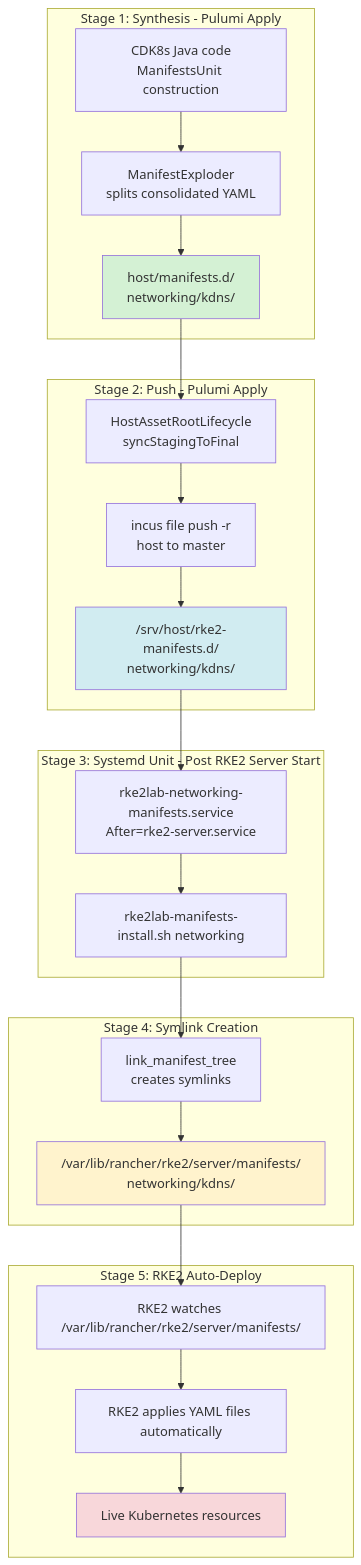
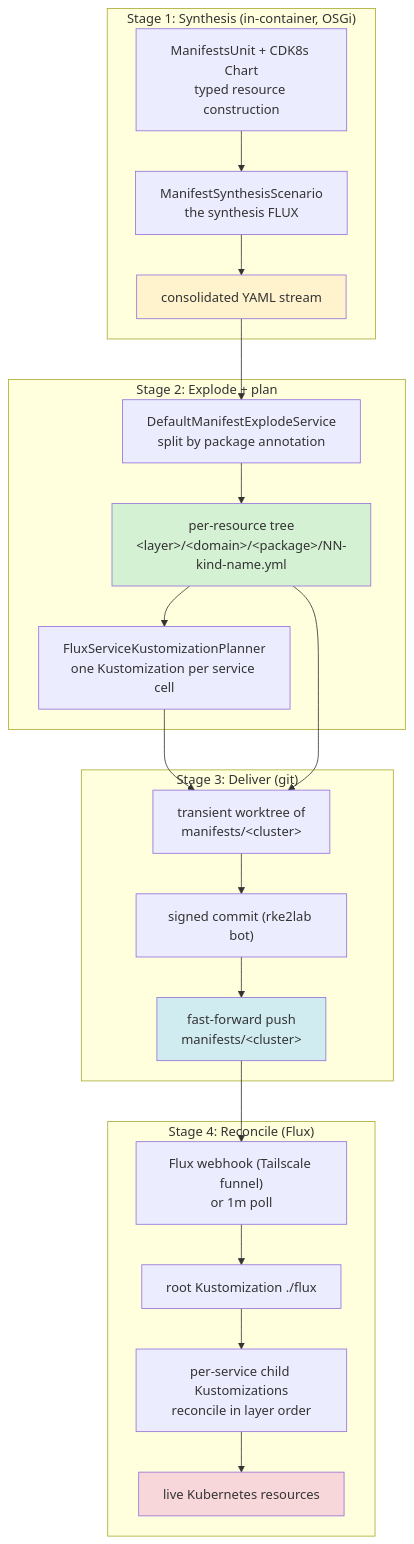
The diagram in docs/architecture/manifests/manifest-apply-flow.adoc (nxmatic/rke2lab), drawn with Mermaid before and after one commit. The commit also changed other lines of this file and 35 other files, not shown here.

```diff
--- a/docs/architecture/manifests/manifest-apply-flow.adoc
+++ b/docs/architecture/manifests/manifest-apply-flow.adoc
@@ -23,49 +47,44 @@
 [mermaid]
 ....
 graph TB
-    subgraph "Stage 1: Synthesis - Pulumi Apply"
-        SYNTH["CDK8s Java code<br/>ManifestsUnit construction"]
-        EXPLODE["ManifestExploder<br/>splits consolidated YAML"]
-        LOCAL["host/manifests.d/<br/>networking/kdns/"]
+    subgraph synth["Stage 1: Synthesis (in-container, OSGi)"]
+        UNIT["ManifestsUnit + CDK8s Chart<br/>typed resource construction"]
+        SCEN["ManifestSynthesisScenario<br/>the synthesis FLUX"]
+        CONS["consolidated YAML stream"]
+    end
+    subgraph explode["Stage 2: Explode + plan"]
+        EXPL["DefaultManifestExplodeService<br/>split by package annotation"]
+        TREE["per-resource tree<br/>&lt;layer&gt;/&lt;domain&gt;/&lt;package&gt;/NN-kind-name.yml"]
+        PLAN["FluxServiceKustomizationPlanner<br/>one Kustomization per service cell"]
+    end
+    subgraph deliver["Stage 3: Deliver (git)"]
+        WT["transient worktree of<br/>manifests/&lt;cluster&gt;"]
+        SIGN["signed commit (rke2lab bot)"]
+        PUSH["fast-forward push<br/>manifests/&lt;cluster&gt;"]
+    end
+    subgraph reconcile["Stage 4: Reconcile (Flux)"]
+        HOOK["Flux webhook (Tailscale funnel)<br/>or 1m poll"]
+        ROOT["root Kustomization ./flux"]
+        CHILD["per-service child Kustomizations<br/>reconcile in layer order"]
+        LIVE["live Kubernetes resources"]
     end
 
-    subgraph "Stage 2: Push - Pulumi Apply"
-        SYNC["HostAssetRootLifecycle<br/>syncStagingToFinal"]
-        PUSH["incus file push -r<br/>host to master"]
-        MASTER["/srv/host/rke2-manifests.d/<br/>networking/kdns/"]
-    end
+    UNIT --> SCEN
+    SCEN --> CONS
+    CONS --> EXPL
+    EXPL --> TREE
+    TREE --> PLAN
+    PLAN --> WT
+    TREE --> WT
+    WT --> SIGN
+    SIGN --> PUSH
+    PUSH --> HOOK
+    HOOK --> ROOT
+    ROOT --> CHILD
+    CHILD --> LIVE
 
-    subgraph "Stage 3: Systemd Unit - Post RKE2 Server Start"
-        UNIT["rke2lab-networking-manifests.service<br/>After=rke2-server.service"]
-        SCRIPT["rke2lab-manifests-install.sh networking"]
-    end
-
-    subgraph "Stage 4: Symlink Creation"
-        LINK["link_manifest_tree<br/>creates symlinks"]
-        RKE2DIR["/var/lib/rancher/rke2/server/manifests/<br/>networking/kdns/"]
-    end
-
-    subgraph "Stage 5: RKE2 Auto-Deploy"
-        WATCH[RKE2 watches /var/lib/rancher/rke2/server/manifests/]
-        APPLY[RKE2 applies YAML files automatically]
-        CLUSTER[Live Kubernetes resources]
-    end
-
-    SYNTH --> EXPLODE
-    EXPLODE --> LOCAL
-    LOCAL --> SYNC
-    SYNC --> PUSH
-    PUSH --> MASTER
-    MASTER --> UNIT
-    UNIT --> SCRIPT
-    SCRIPT --> LINK
-    LINK --> RKE2DIR
-    RKE2DIR --> WATCH
-    WATCH --> APPLY
-    APPLY --> CLUSTER
-
-    style LOCAL fill:#d4f1d4
-    style MASTER fill:#d1ecf1
-    style RKE2DIR fill:#fff3cd
-    style CLUSTER fill:#f8d7da
+    style CONS fill:#fff3cd
+    style TREE fill:#d4f1d4
+    style PUSH fill:#d1ecf1
+    style LIVE fill:#f8d7da
 ....
```
